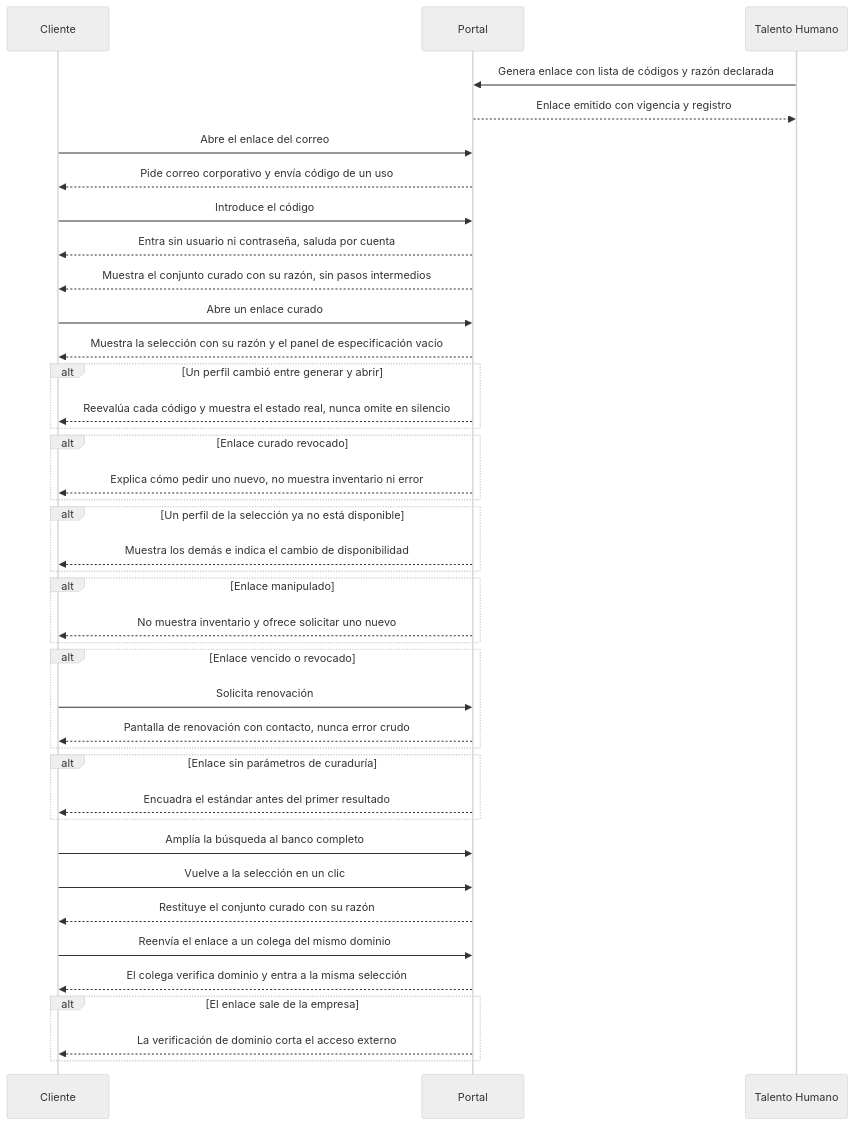
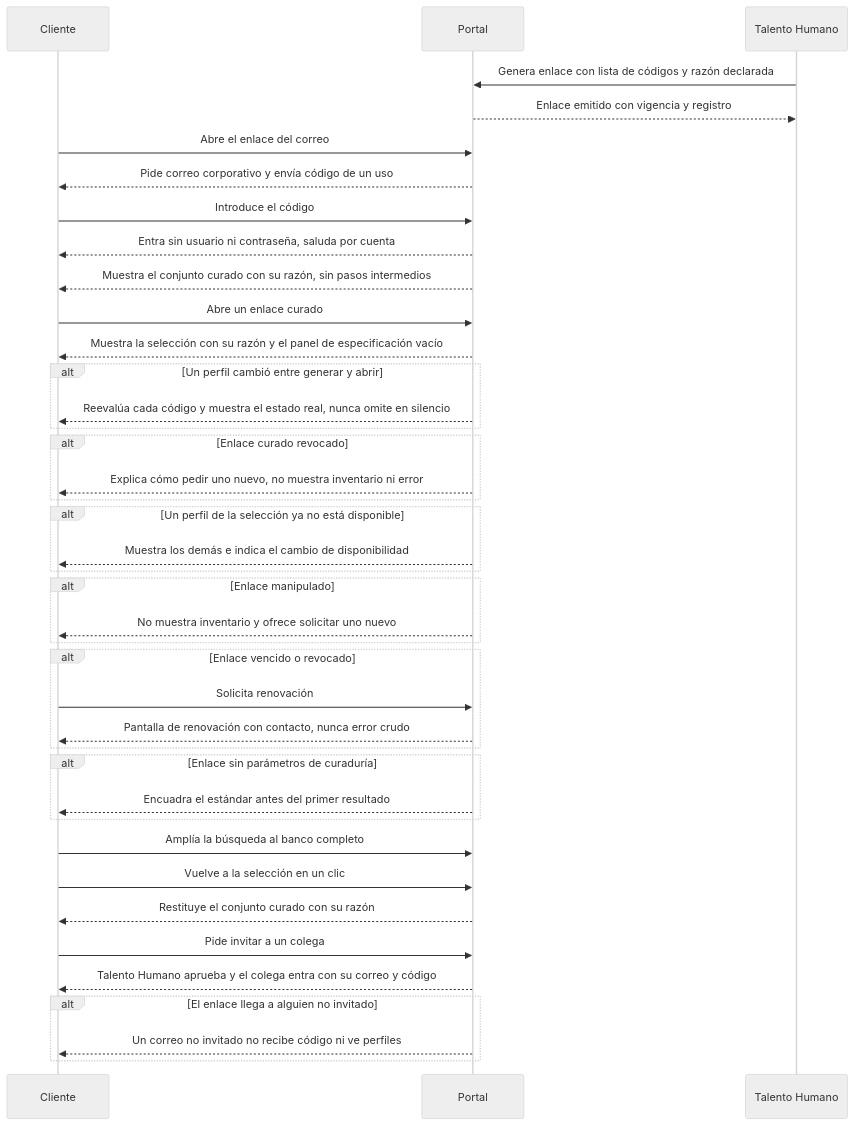
One commit to JesusSeguraCO/ps-app-neural changed the diagram in docs/06-flows/EP-001-acceso-y-aterrizaje-curado.md. Above: the diagram before and after it, drawn with Mermaid (neutral theme). The commit also changed other lines of this file and 98 other files, not shown here.

````diff
--- a/docs/06-flows/EP-001-acceso-y-aterrizaje-curado.md
+++ b/docs/06-flows/EP-001-acceso-y-aterrizaje-curado.md
@@ -86,13 +86,13 @@
   P-->>C: Restituye el conjunto curado con su razón
 
   %% HU-095
-  C->>P: Reenvía el enlace a un colega del mismo dominio
+  C->>P: Pide invitar a un colega
   %% HU-095
-  P-->>C: El colega verifica dominio y entra a la misma selección
+  P-->>C: Talento Humano aprueba y el colega entra con su correo y código
 
   %% HU-095
-  alt El enlace sale de la empresa
+  alt El enlace llega a alguien no invitado
     %% HU-095
-    P-->>C: La verificación de dominio corta el acceso externo
+    P-->>C: Un correo no invitado no recibe código ni ve perfiles
   end
 ```
````
